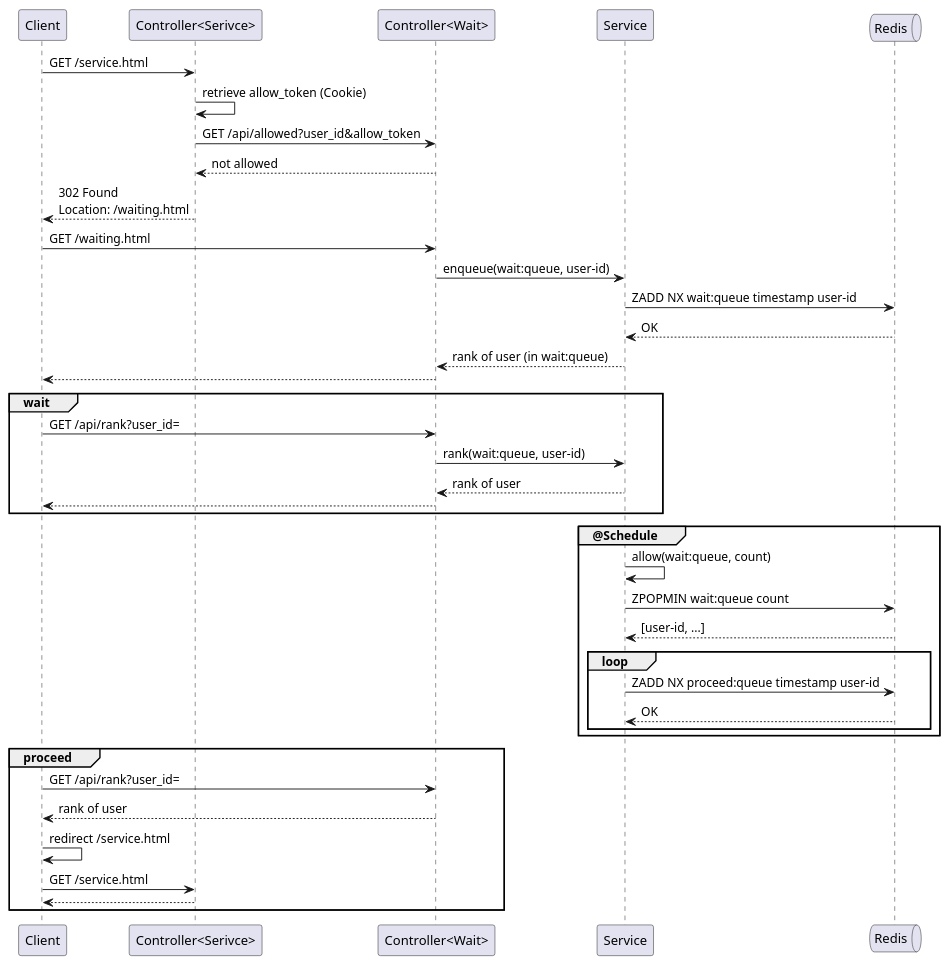
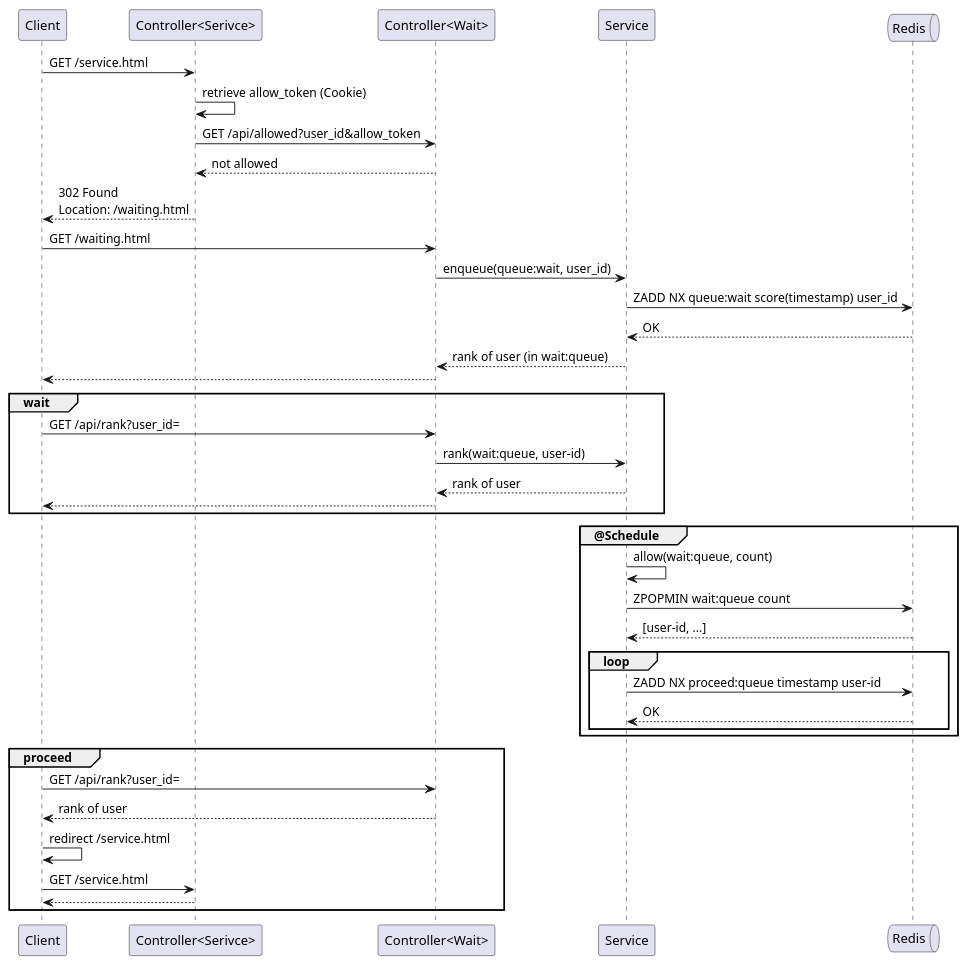
The diagram in _diary/2024-06-08.md (yanghoon/obsidian-workspace), drawn with PlantUML before and after one commit.

Commit message:
vault backup: 2024-06-09 19:30:36

````diff
--- a/_diary/2024-06-08.md
+++ b/_diary/2024-06-08.md
@@ -11,49 +11,49 @@
 ```plantuml
 @startuml
 
 participant Client
 participant "Controller<Serivce>" as ServiceController
 participant "Controller<Wait>" as Controller
 participant Service
 queue Redis
 
 Client -> ServiceController: GET /service.html
 ServiceController -> ServiceController: retrieve allow_token (Cookie)
 ServiceController -> Controller: GET /api/allowed?user_id&allow_token
 ServiceController <-- Controller: not allowed
 Client <-- ServiceController: 302 Found\nLocation: /waiting.html
 
 Client -> Controller: GET /waiting.html
-Controller -> Service: enqueue(wait:queue, user-id)
-Service -> Redis: ZADD NX wait:queue timestamp user-id
+Controller -> Service: enqueue(queue:wait, user_id)
+Service -> Redis: ZADD NX queue:wait score(timestamp) user_id
 Service <-- Redis: OK
 Controller <-- Service: rank of user (in wait:queue)
 Client <-- Controller
 
 group wait
 Client -> Controller: GET /api/rank?user_id=
 Controller -> Service: rank(wait:queue, user-id)
 Controller <-- Service: rank of user
 Client <-- Controller
 end
 
 group @Schedule
   Service -> Service: allow(wait:queue, count)
   Service -> Redis: ZPOPMIN wait:queue count
   Service <-- Redis: [user-id, ...]
   loop
     Service -> Redis: ZADD NX proceed:queue timestamp user-id
     Service <-- Redis: OK
   end
 end
 
 group proceed
   Client -> Controller: GET /api/rank?user_id=
   Client <-- Controller: rank of user
   Client -> Client: redirect /service.html
   Client -> ServiceController: GET /service.html
   Client <-- ServiceController
 end
 
 @enduml
 ```
````
